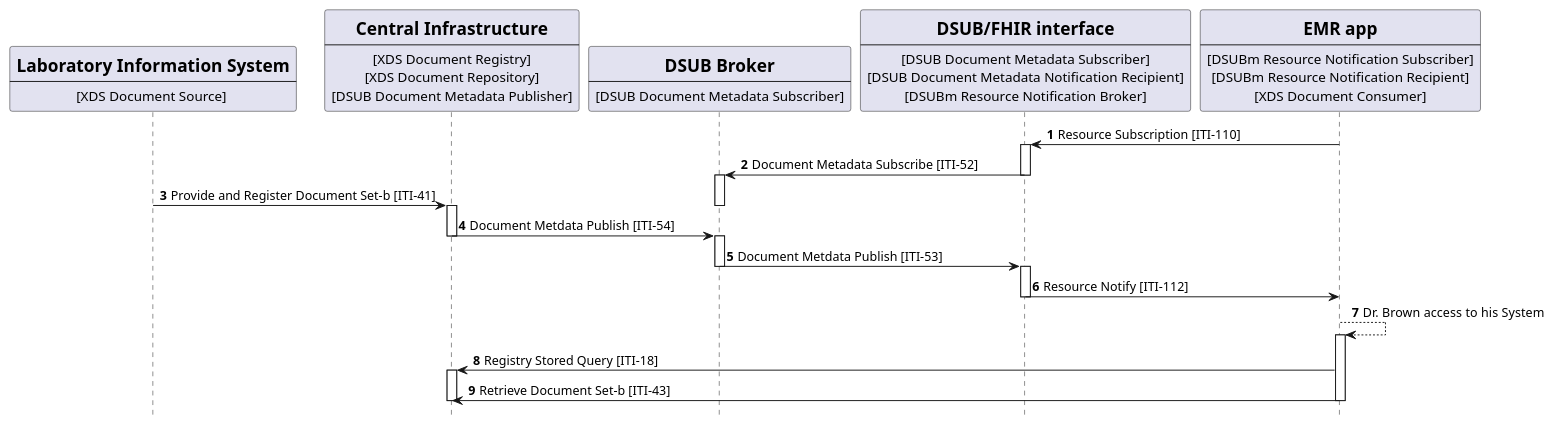
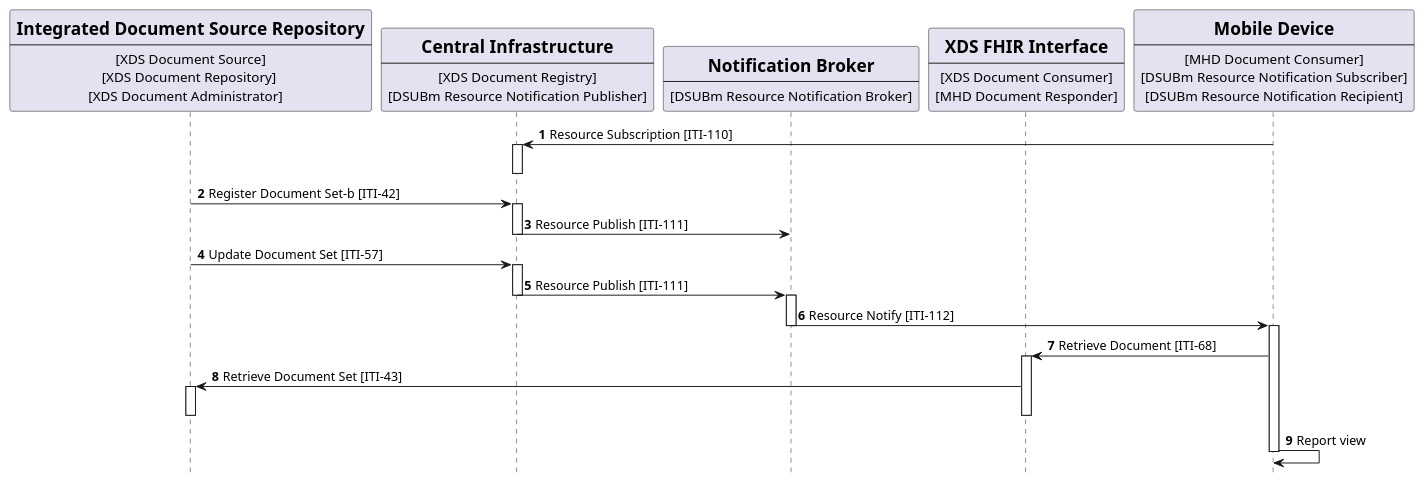
One commit to IHE/ITI.DSUBm changed the diagram in input/images-source/usecase7-processflow.plantuml. Above: the diagram before and after it, drawn with PlantUML. The commit also changed 3 other files, not shown here.

```diff
--- a/input/images-source/usecase7-processflow.plantuml
+++ b/input/images-source/usecase7-processflow.plantuml
@@ -1,80 +1,70 @@
 @startuml
 skinparam svgDimensionStyle false
 hide footbox
-/' title "patientDependent Subscription" '/
+/'title "Subscription with DSUBm on MHD on FHIR infrastructure from Mobile Device" '/
 
-participant Source [
- = Laboratory Information System
- ----
- [XDS Document Source] 
-]
+participant Repository [
+    =Integrated Document Source Repository
+    ----
+    [XDS Document Source]
+    [XDS Document Repository] 
+    [XDS Document Administrator]   
+] 
 
 participant Central [
-  =Central Infrastructure
-  ----
-  [XDS Document Registry]
-  [XDS Document Repository]
-  [DSUB Document Metadata Publisher]
-]
+    =Central Infrastructure
+    ----
+    [XDS Document Registry]
+    [DSUBm Resource Notification Publisher]
+] 
 
 participant Broker [
- = DSUB Broker
- ----
- [DSUB Document Metadata Subscriber]
-]
-
-participant DSUBFHIR [
-  =DSUB/FHIR interface
-  ----
-  [DSUB Document Metadata Subscriber]
-  [DSUB Document Metadata Notification Recipient]
-  [DSUBm Resource Notification Broker]
-]
-
-participant Subscriber [
-  = EMR app
-  ----
-  [DSUBm Resource Notification Subscriber]
-  [DSUBm Resource Notification Recipient]
-  [XDS Document Consumer]
+    =Notification Broker
+    ----
+    [DSUBm Resource Notification Broker]
 ] 
 
+participant XDSonFHIR [
+    =XDS FHIR Interface
+    ----
+    [XDS Document Consumer]
+    [MHD Document Responder]
+] 
+
+participant MobileDevice [
+    =Mobile Device
+    ----
+    [MHD Document Consumer]
+    [DSUBm Resource Notification Subscriber]
+    [DSUBm Resource Notification Recipient]
+] 
+autonumber 1 "<b>"
+MobileDevice -> Central: Resource Subscription [ITI-110]
+activate Central
+deactivate Central
 
 
-autonumber "<b>"
-Subscriber -> DSUBFHIR: Resource Subscription [ITI-110]
-activate DSUBFHIR
+Repository -> Central: Register Document Set-b [ITI-42]
+activate Central
+Central -> Broker :  Resource Publish [ITI-111]
+deactivate Central
 
-DSUBFHIR -> Broker:Document Metadata Subscribe [ITI-52]
-deactivate DSUBFHIR
+Repository -> Central: Update Document Set [ITI-57]
+activate Central
+Central -> Broker :  Resource Publish [ITI-111]
+deactivate Central
 activate Broker
+Broker -> MobileDevice: Resource Notify [ITI-112]
+deactivate Broker
+activate MobileDevice
+MobileDevice -> XDSonFHIR: Retrieve Document [ITI-68]
+activate XDSonFHIR
+XDSonFHIR -> Repository: Retrieve Document Set [ITI-43]
+activate Repository
+deactivate XDSonFHIR
+deactivate Repository
+MobileDevice -> MobileDevice: Report view
+deactivate MobileDevice
 
 
-
-Source -> Central: Provide and Register Document Set-b [ITI-41] 
-deactivate Broker
-deactivate Broker
-activate Central
-
-
-Central -> Broker: Document Metdata Publish [ITI-54]
-deactivate Central
-activate Broker 
-
-
-Broker -> DSUBFHIR: Document Metdata Publish [ITI-53]
-deactivate Broker
-activate DSUBFHIR
-
-
-DSUBFHIR ->Subscriber: Resource Notify [ITI-112]
-deactivate DSUBFHIR
-
-Subscriber --> Subscriber: Dr. Brown access to his System
-Activate Subscriber
-Subscriber -> Central: Registry Stored Query [ITI-18]
-activate Central
-Subscriber -> Central: Retrieve Document Set-b [ITI-43]
-deactivate Central
-deactivate Subscriber
 @enduml
```
